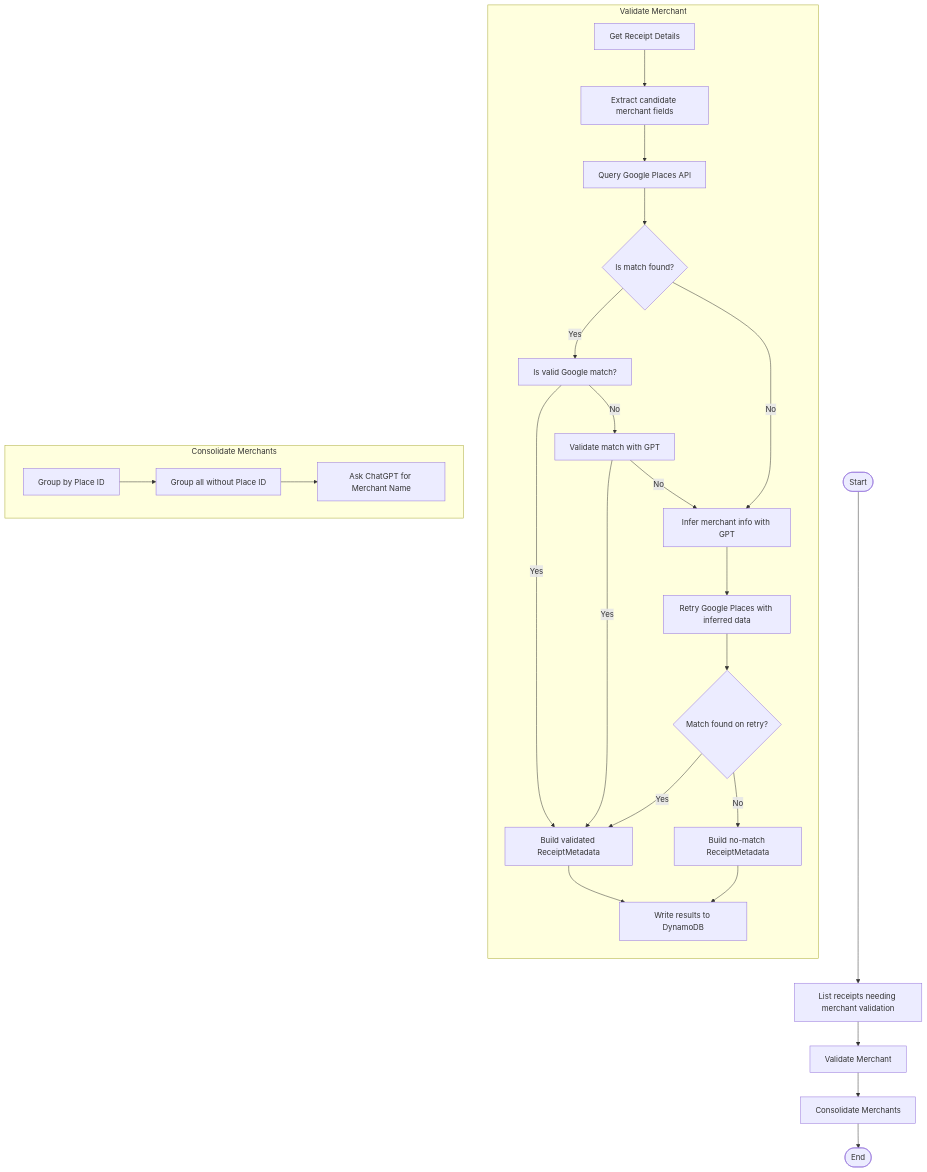
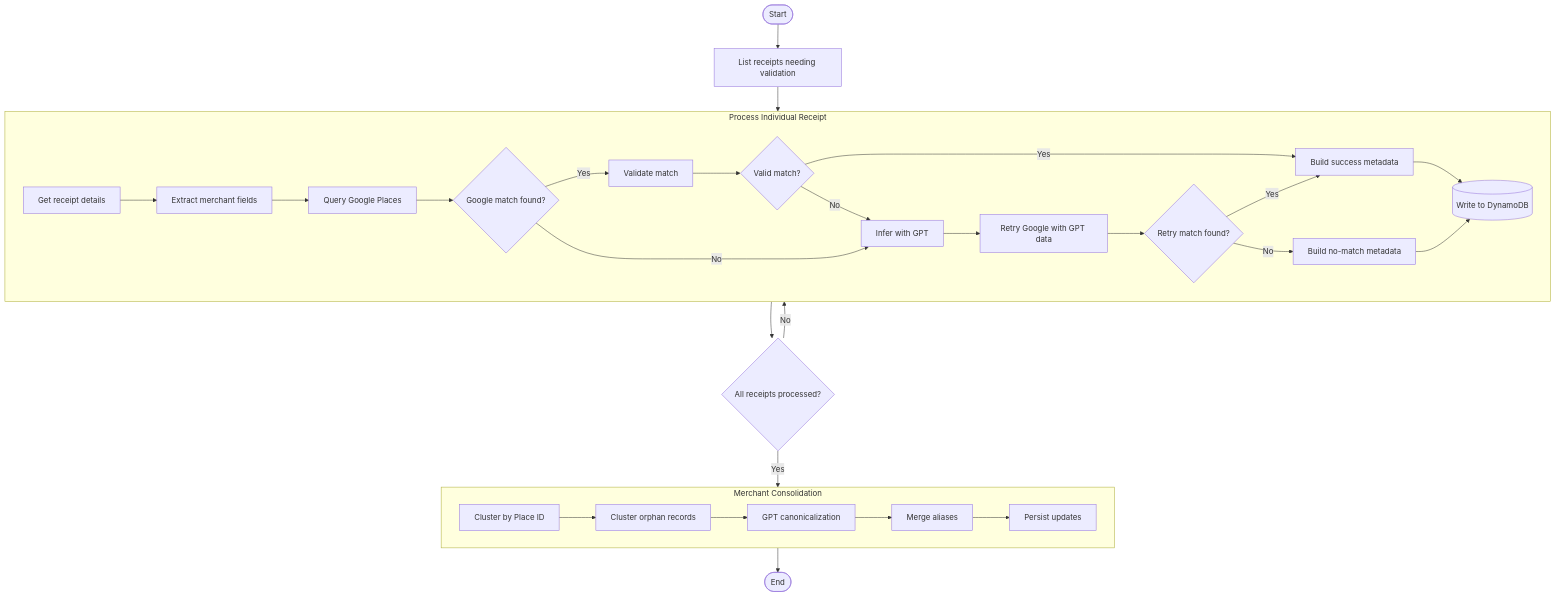
Before and after one commit to tnorlund/Portfolio: the diagram in receipt_label/receipt_label/merchant_validation/README.md, drawn with Mermaid. The commit also changed other lines of this file and 14 other files, not shown here.

First line of the commit message:
refactor: Complete 4-phase enterprise-grade refactor of merchant validation

````diff
--- a/receipt_label/receipt_label/merchant_validation/README.md
+++ b/receipt_label/receipt_label/merchant_validation/README.md
@@ -102,35 +217,38 @@
 ```mermaid
 flowchart TD
-    Start([Start]) --> list_receipts["List receipts needing merchant validation"]
-    list_receipts --> ValidateMerchant["Validate Merchant"]
-    ValidateMerchant --> ConsolidateMerchants["Consolidate Merchants"]
-    ConsolidateMerchants --> End([End])
-
-    subgraph "Validate Merchant"
-        direction TB
-        get_receipt_details["Get Receipt Details"] --> extract_candidate_merchant_fields["Extract candidate merchant fields"]
-        extract_candidate_merchant_fields --> query_google_places["Query Google Places API"]
-        query_google_places --> IsMatchFound{"Is match found?"}
-
-        IsMatchFound -- Yes --> is_valid_google_match["Is valid Google match?"]
-        is_valid_google_match -- Yes --> build_receipt_metadata_from_result["Build validated ReceiptMetadata"]
-        build_receipt_metadata_from_result --> write_receipt_metadata_to_dynamo["Write results to DynamoDB"]
-        is_valid_google_match -- No --> validate_match_with_gpt["Validate match with GPT"]
-        validate_match_with_gpt -- Yes --> build_receipt_metadata_from_result
-        validate_match_with_gpt -- No --> InferWithGPT["Infer merchant info with GPT"]
-
-        IsMatchFound -- No --> InferWithGPT
-        InferWithGPT --> retry_google_search_with_inferred_data["Retry Google Places with inferred data"]
-        retry_google_search_with_inferred_data --> IsRetryMatchFound{"Match found on retry?"}
-        IsRetryMatchFound -- Yes --> build_receipt_metadata_from_result
-        IsRetryMatchFound -- No --> build_receipt_metadata_from_result_no_match["Build no-match ReceiptMetadata"]
-        build_receipt_metadata_from_result_no_match --> write_receipt_metadata_to_dynamo
+    Start([Start]) --> ListReceipts[List receipts needing validation]
+    ListReceipts --> ProcessReceipt[Process Receipt]
+    
+    subgraph ProcessReceipt [Process Individual Receipt]
+        GetDetails[Get receipt details] --> ExtractFields[Extract merchant fields]
+        ExtractFields --> QueryGoogle[Query Google Places]
+        QueryGoogle --> HasMatch{Google match found?}
+        
+        HasMatch -->|Yes| ValidateMatch[Validate match]
+        ValidateMatch --> IsValid{Valid match?}
+        IsValid -->|Yes| BuildSuccess[Build success metadata]
+        IsValid -->|No| InferGPT[Infer with GPT]
+        
+        HasMatch -->|No| InferGPT
+        InferGPT --> RetryGoogle[Retry Google with GPT data]
+        RetryGoogle --> HasRetryMatch{Retry match found?}
+        HasRetryMatch -->|Yes| BuildSuccess
+        HasRetryMatch -->|No| BuildNoMatch[Build no-match metadata]
+        
+        BuildSuccess --> WriteDB[(Write to DynamoDB)]
+        BuildNoMatch --> WriteDB
     end
-
-    subgraph "Consolidate Merchants"
-        group_by_place_id["Group by Place ID"] --> group_no_place_ids["Group all without Place ID"]
-        group_no_place_ids --> chatgpt_variant_choice["Ask ChatGPT for Merchant Name"]
-
+    
+    ProcessReceipt --> AllDone{All receipts processed?}
+    AllDone -->|No| ProcessReceipt
+    AllDone -->|Yes| Consolidate[Consolidate merchants]
+    
+    subgraph Consolidate [Merchant Consolidation]
+        ClusterByPlaceID[Cluster by Place ID] --> ClusterOrphans[Cluster orphan records]
+        ClusterOrphans --> CanonicalizeGPT[GPT canonicalization]
+        CanonicalizeGPT --> MergeAliases[Merge aliases]
+        MergeAliases --> PersistUpdates[Persist updates]
     end
-
+    
+    Consolidate --> End([End])
 ```
````
